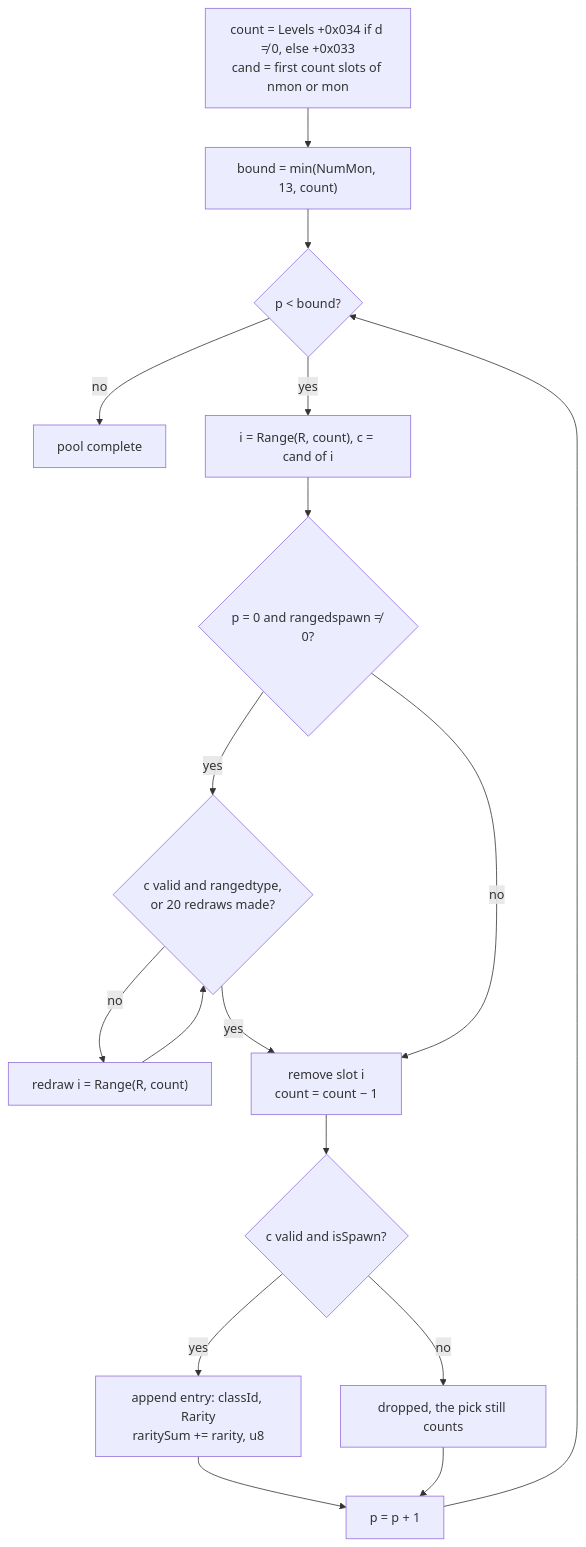
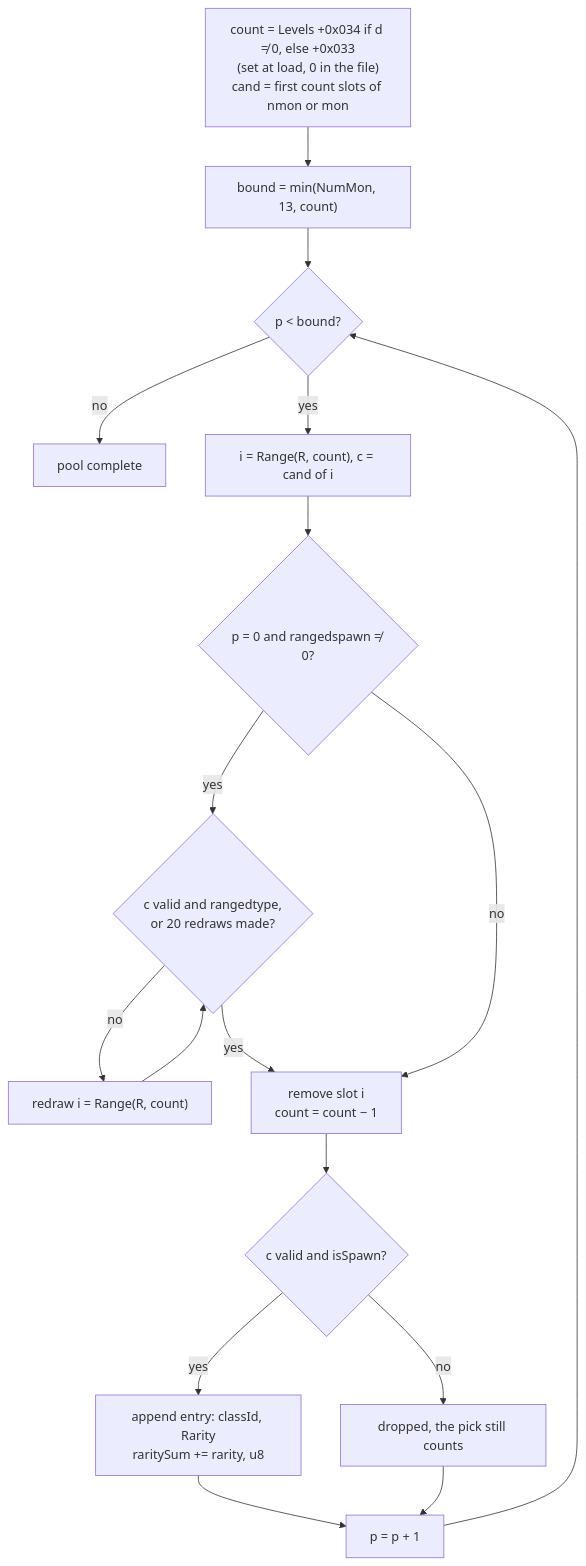
One commit to IgorKonovalov/diablo-2-recompilation changed the fourth of 9 diagrams in docs/specs/monsters/pool.md. Above: the diagram before and after it, drawn with Mermaid. The commit also changed other lines of this file and 16 other files, not shown here.

````diff
--- a/docs/specs/monsters/pool.md
+++ b/docs/specs/monsters/pool.md
@@ -222,18 +234,18 @@
 ```mermaid
 flowchart TD
-  c1["count = Levels +0x034 if d ≠ 0, else +0x033<br/>cand = first count slots of nmon or mon"] --> c2["bound = min(NumMon, 13, count)"]
+  c1["count = Levels +0x034 if d ≠ 0, else +0x033<br/>(set at load, 0 in the file)<br/>cand = first count slots of nmon or mon"] --> c2["bound = min(NumMon, 13, count)"]
   c2 --> loop{"p < bound?"}
   loop -->|no| done["pool complete"]
   loop -->|yes| c5["i = Range(R, count), c = cand of i"]
   c5 --> c6{"p = 0 and rangedspawn ≠ 0?"}
   c6 -->|yes| rt{"c valid and rangedtype,<br/>or 20 redraws made?"}
   rt -->|no| rd["redraw i = Range(R, count)"]
   rd --> rt
   rt -->|yes| c7
   c6 -->|no| c7["remove slot i<br/>count = count − 1"]
   c7 --> c8{"c valid and isSpawn?"}
   c8 -->|yes| add["append entry: classId, Rarity<br/>raritySum += rarity, u8"]
   c8 -->|no| drop["dropped, the pick still counts"]
   add & drop --> nxt["p = p + 1"]
   nxt --> loop
 ```
````
